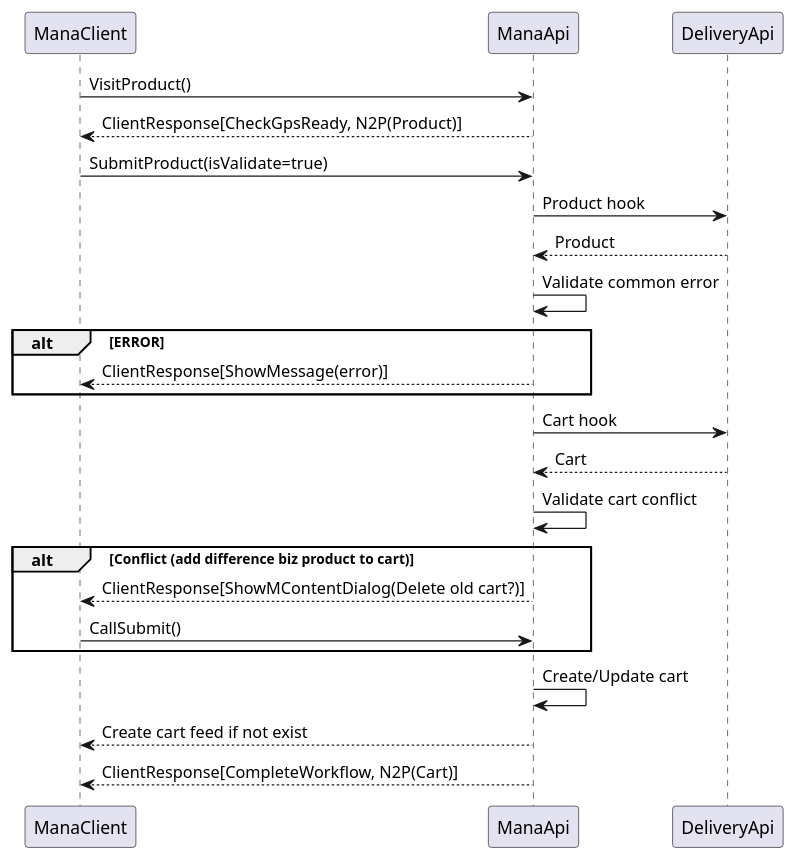
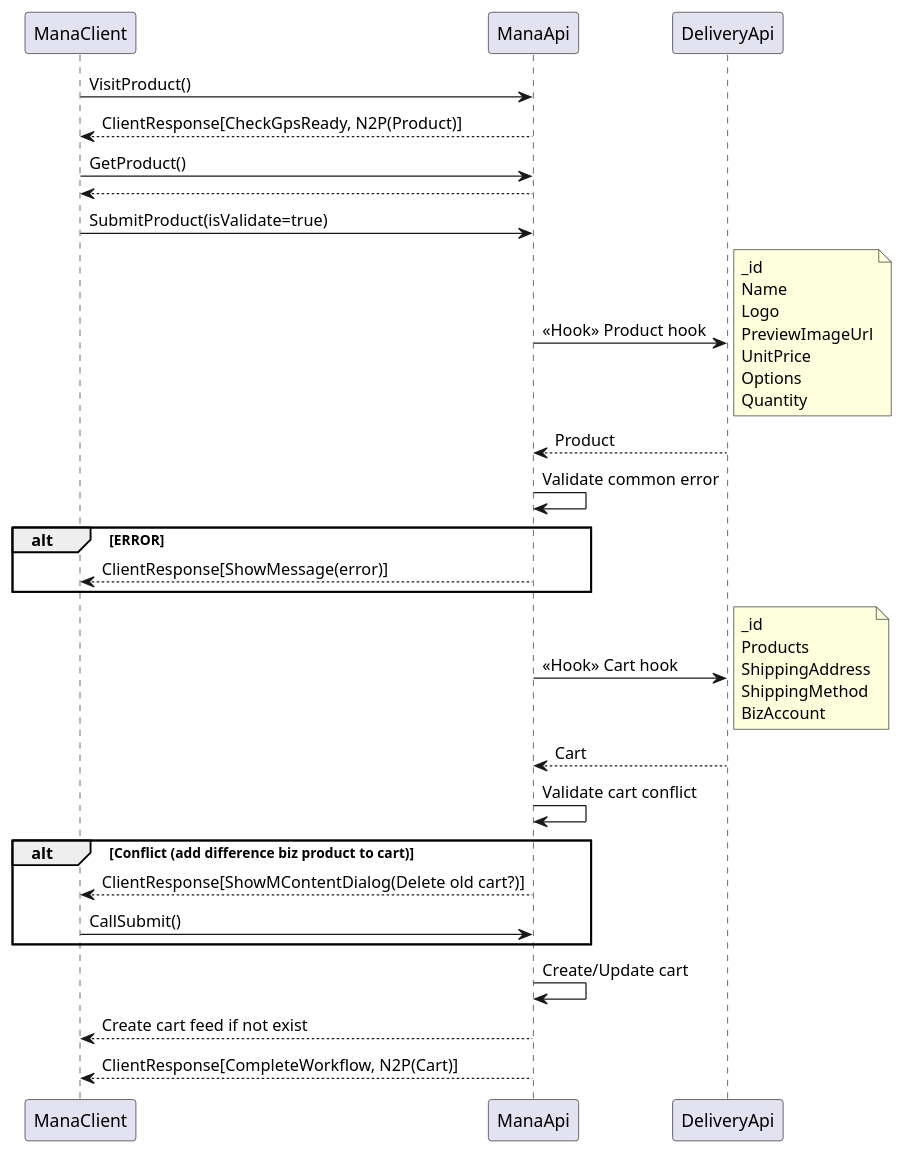
Before and after one commit to BugLordTO/cart-ideas: the first of 2 diagrams in delivery-product-20210129/sequence.md, drawn with PlantUML. The commit also changed other lines of this file and 20 other files, not shown here.

````diff
--- a/delivery-product-20210129/sequence.md
+++ b/delivery-product-20210129/sequence.md
@@ -3,25 +3,43 @@
 ```plantuml
 @startuml
 
 ManaClient -> ManaApi : VisitProduct()
 ManaClient <-- ManaApi : ClientResponse[CheckGpsReady, N2P(Product)]
+ManaClient -> ManaApi : GetProduct()
+ManaClient <-- ManaApi
 ManaClient -> ManaApi : SubmitProduct(isValidate=true)
-ManaApi -> DeliveryApi : Product hook
+ManaApi -> DeliveryApi : <<Hook>> Product hook
+note right
+_id
+Name
+Logo
+PreviewImageUrl
+UnitPrice
+Options
+Quantity
+end note
 ManaApi <-- DeliveryApi : Product
 ManaApi -> ManaApi : Validate common error
 alt ERROR
     ManaClient <-- ManaApi : ClientResponse[ShowMessage(error)]
 end
-ManaApi -> DeliveryApi : Cart hook
+ManaApi -> DeliveryApi : <<Hook>> Cart hook
+note right
+_id
+Products
+ShippingAddress
+ShippingMethod
+BizAccount
+end note
 ManaApi <-- DeliveryApi : Cart
 ManaApi -> ManaApi : Validate cart conflict
 alt Conflict (add difference biz product to cart)
     ManaClient <-- ManaApi : ClientResponse[ShowMContentDialog(Delete old cart?)]
     ManaClient -> ManaApi : CallSubmit()
 end
 ManaApi -> ManaApi : Create/Update cart
 ManaClient <-- ManaApi : Create cart feed if not exist
 ManaClient <-- ManaApi : ClientResponse[CompleteWorkflow, N2P(Cart)]
 
 @enduml
 ```
````
